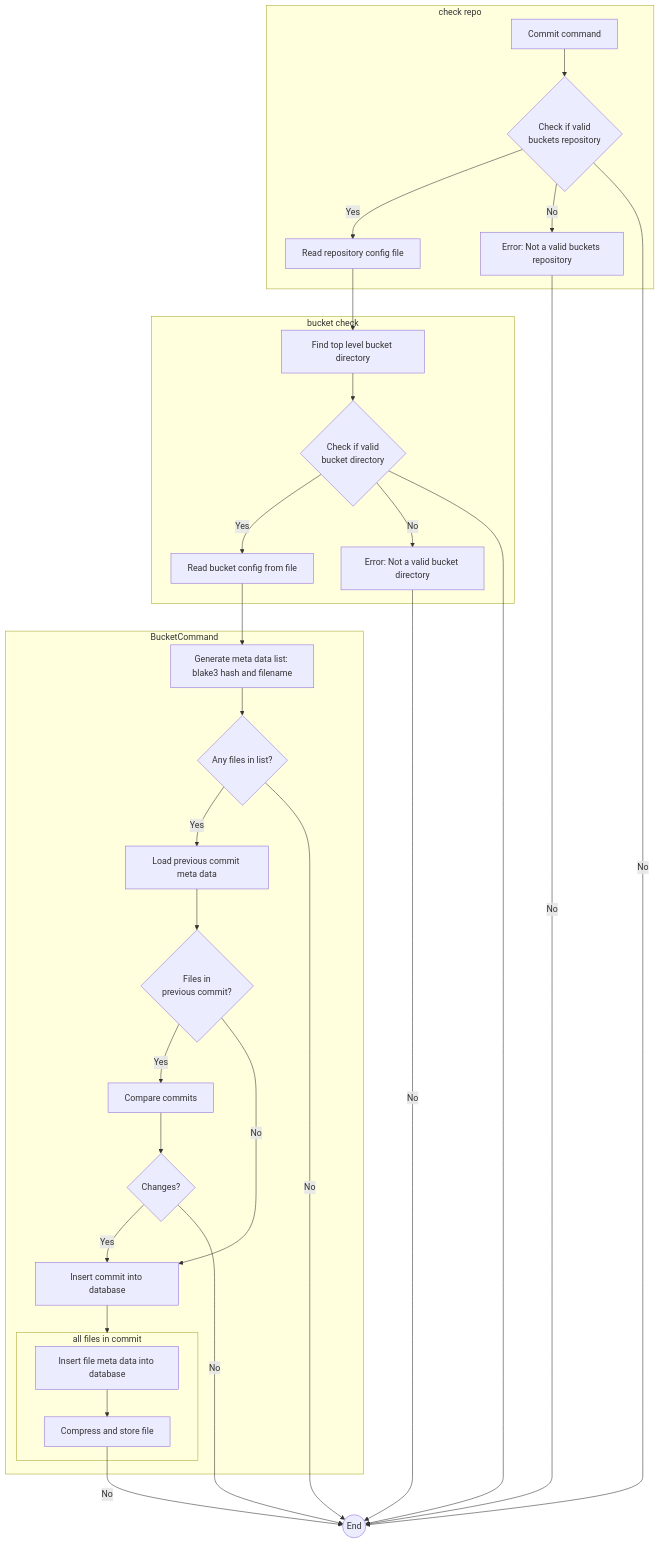
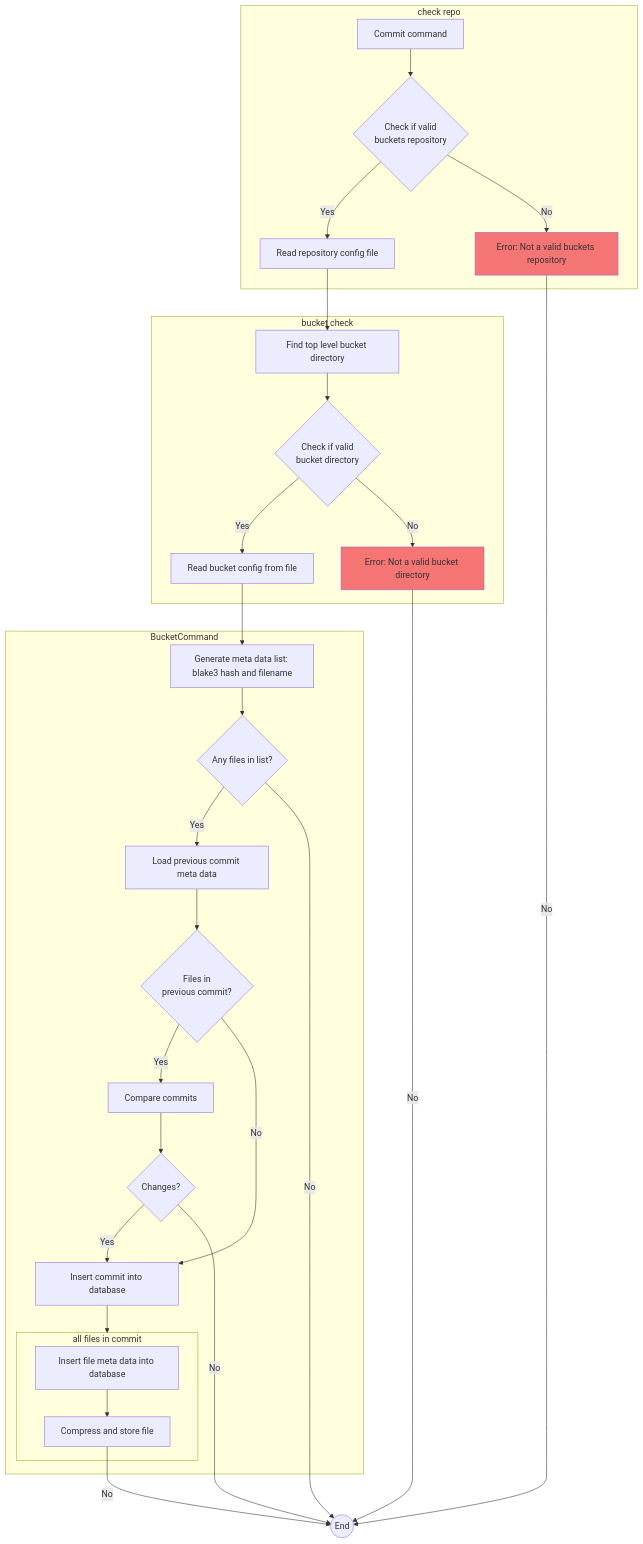
One commit to 3vilM33pl3/buckets changed the diagram in docs/commands/commit.mmd. Above: the diagram before and after it, drawn with Mermaid. The commit also changed 2 other files, not shown here.

Commit message:
Adding create command flowchart and updating style

```diff
--- a/docs/commands/commit.mmd
+++ b/docs/commands/commit.mmd
@@ -1,40 +1,41 @@
 %%{init: {'themeVariables': {'subgraphTitleTextAlign': 'left'}}}%%
 flowchart TD
     subgraph check repo
         A[Commit command] --> Z{Check if valid \n buckets repository}
         Z --> |Yes| B[Read repository config file]
-        Z --> |No| X[Error: Not a valid buckets repository]
+        Z --> |No| E1[Error: Not a valid buckets repository]
         end
 
         subgraph bucket check
         B --> C[Find top level bucket directory]
         C --> D{Check if valid \n bucket directory}
-        D -->|Yes| E[Read bucket config from file]
-        D -->|No| G[Error: Not a valid bucket directory]
+        D -->|Yes| V[Read bucket config from file]
+        D -->|No| E2[Error: Not a valid bucket directory]
     end
 
     subgraph BucketCommand
-        E --> H
+        V --> H
         H[Generate meta data list: blake3 hash and filename] --> I{Any files in list?}
         I -->|Yes| J[Load previous commit meta data]
         J --> K{Files in \n previous commit?}
         K -->|Yes| L[Compare commits]
         K -->|No| M[Insert commit into database]
         L --> N{Changes?}
         N -->|Yes| M
 
 
 
         subgraph Loop[all files in commit]
             Q[Insert file meta data into database] --> R[Compress and store file]
         end
 
         M --> Loop
     end
-    X -->|No| P((End))
-    Z -->|No| P((End))
     R -->|No| P((End))
     I -->|No| P((End))
-    G -->|No| P((End))
     N -->|No| P((End))
-    D --> P((End))
+    E1-->|No| P((End))
+    E2 -->|No| P((End))
+
+    style E1 fill:#f57474
+    style E2 fill:#f57474
```
